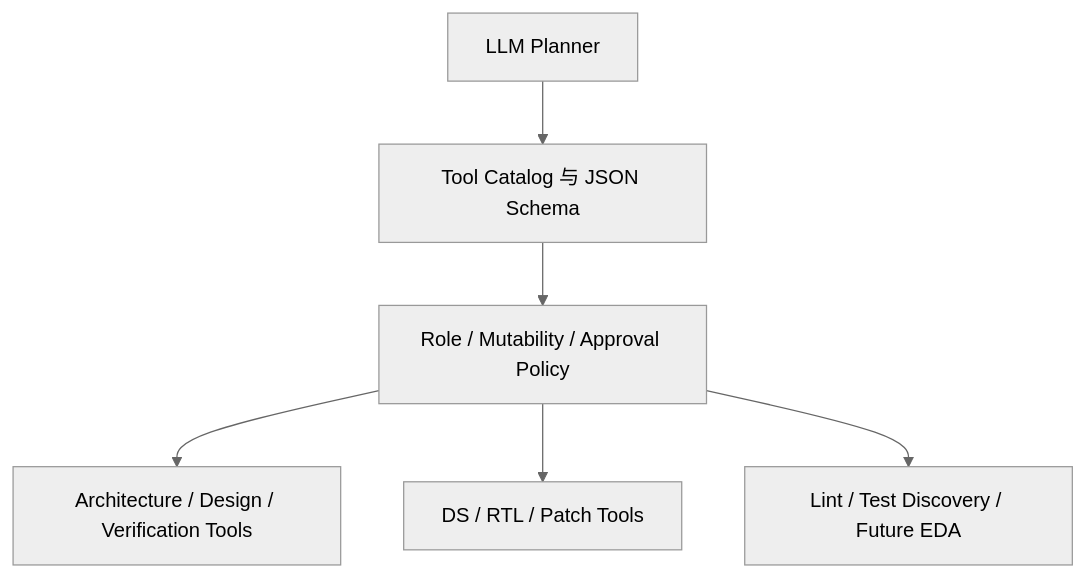
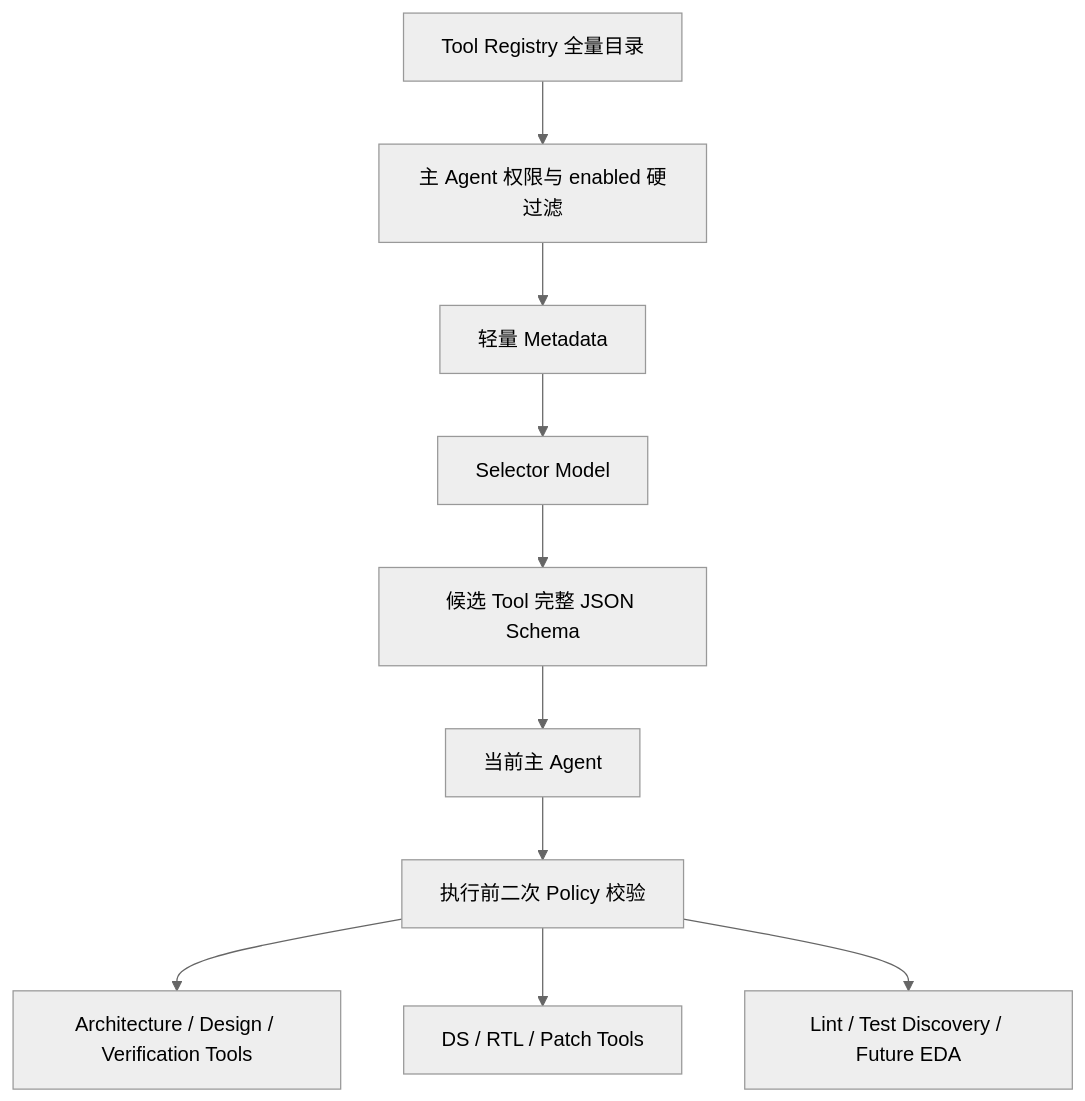
Before and after one commit to yaowensial-g/chipDesignAgent: the third of 6 diagrams in docs/architecture-overview.md, drawn with Mermaid (neutral theme). The commit also changed other lines of this file and 37 other files, not shown here.

Commit message:
feat: add role-driven multi-agent runtime

````diff
--- a/docs/architecture-overview.md
+++ b/docs/architecture-overview.md
@@ -64,14 +70,18 @@
 ```mermaid
 flowchart TB
-    Planner[LLM Planner]
-    Catalog[Tool Catalog 与 JSON Schema]
-    Policy[Role / Mutability / Approval Policy]
+    Catalog[Tool Registry 全量目录]
+    Permission[主 Agent 权限与 enabled 硬过滤]
+    Metadata[轻量 Metadata]
+    Selector[Selector Model]
+    Schemas[候选 Tool 完整 JSON Schema]
+    Planner[当前主 Agent]
+    Policy[执行前二次 Policy 校验]
     RoleTools[Architecture / Design / Verification Tools]
     CandidateTools[DS / RTL / Patch Tools]
     EDATools[Lint / Test Discovery / Future EDA]
 
-    Planner --> Catalog --> Policy
+    Catalog --> Permission --> Metadata --> Selector --> Schemas --> Planner --> Policy
     Policy --> RoleTools
     Policy --> CandidateTools
     Policy --> EDATools
 ```
````
